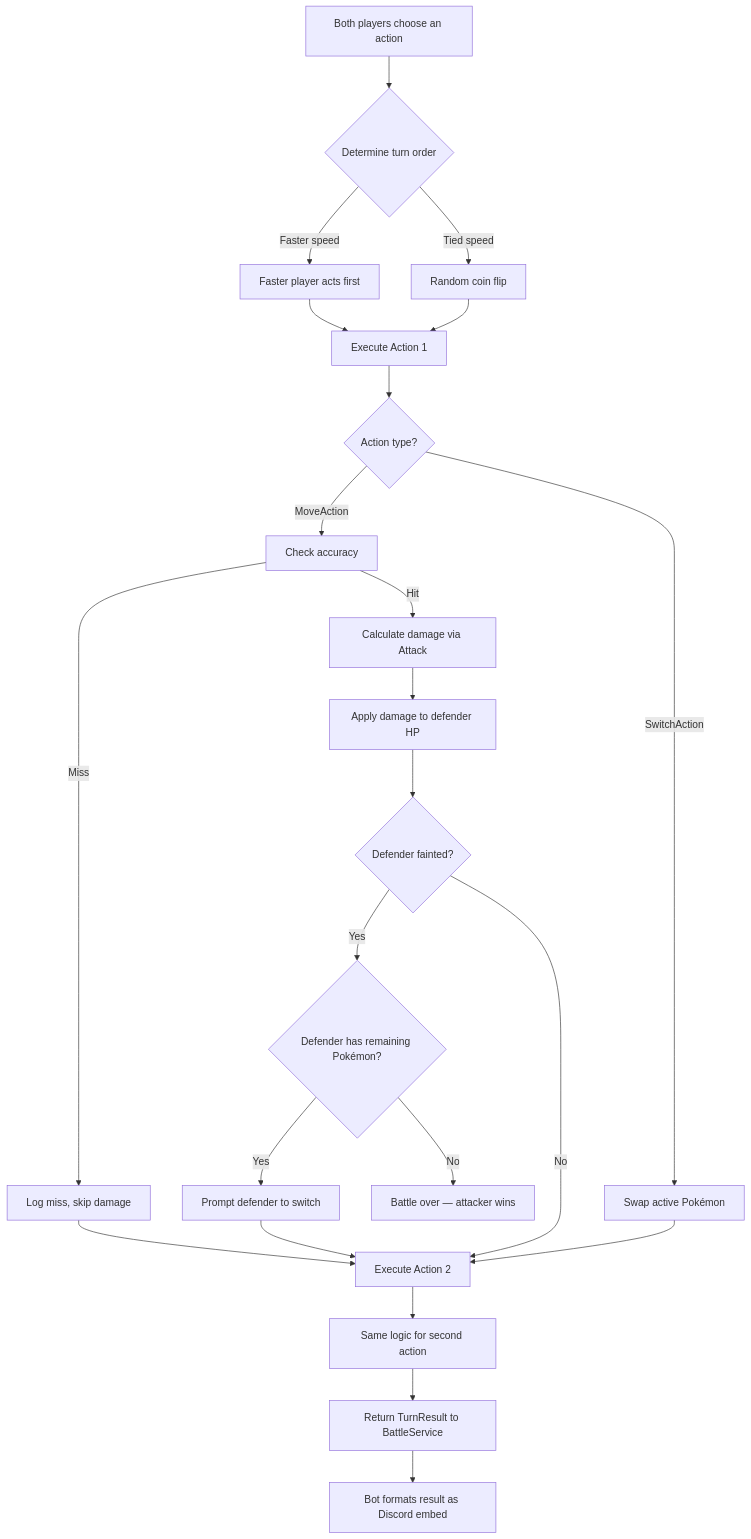
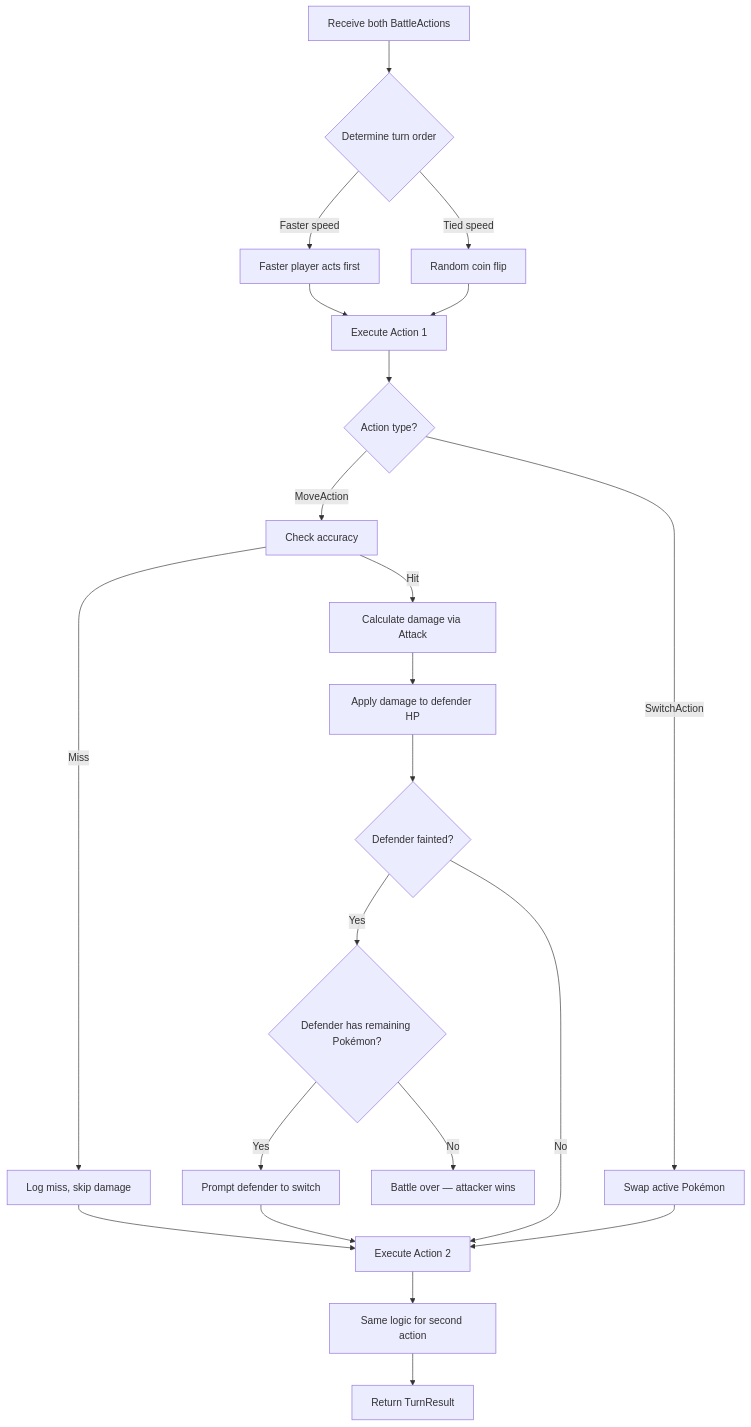
Before and after one commit to Saerkyne/pokemon-oop: the fourth of 8 diagrams in Documentation/Battle-Loop-Project-Guide.md, drawn with Mermaid. The commit also changed other lines of this file and 1 other file, not shown here.

````diff
--- a/Documentation/Battle-Loop-Project-Guide.md
+++ b/Documentation/Battle-Loop-Project-Guide.md
@@ -160,25 +251,24 @@
 ```mermaid
 flowchart TD
-    A[Both players choose an action] --> B{Determine turn order}
+    A[Receive both BattleActions] --> B{Determine turn order}
     B -->|Faster speed| C[Faster player acts first]
     B -->|Tied speed| D[Random coin flip]
     C --> E[Execute Action 1]
     D --> E
     E --> F{Action type?}
     F -->|MoveAction| G[Check accuracy]
     F -->|SwitchAction| H[Swap active Pokémon]
     G -->|Miss| I[Log miss, skip damage]
     G -->|Hit| J[Calculate damage via Attack]
     J --> K[Apply damage to defender HP]
     K --> L{Defender fainted?}
     L -->|Yes| M{Defender has remaining Pokémon?}
     M -->|Yes| N[Prompt defender to switch]
     M -->|No| O[Battle over — attacker wins]
     L -->|No| P[Execute Action 2]
     I --> P
     H --> P
     N --> P
     P --> Q[Same logic for second action]
-    Q --> R[Return TurnResult to BattleService]
-    R --> S[Bot formats result as Discord embed]
+    Q --> R[Return TurnResult]
 ```
````
